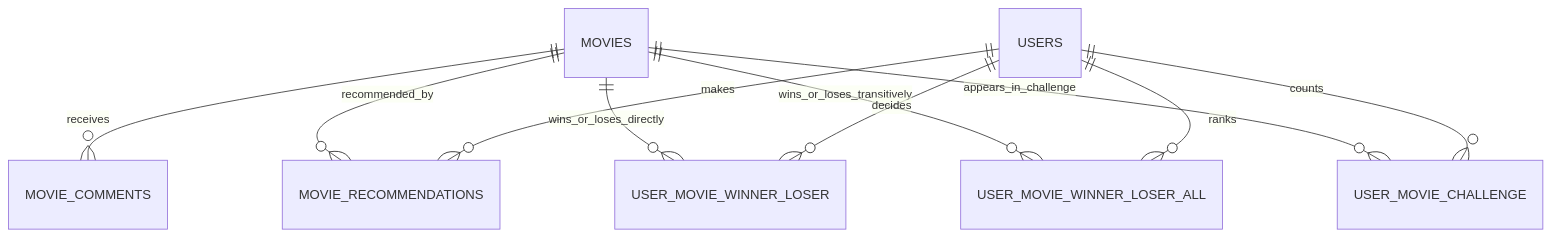
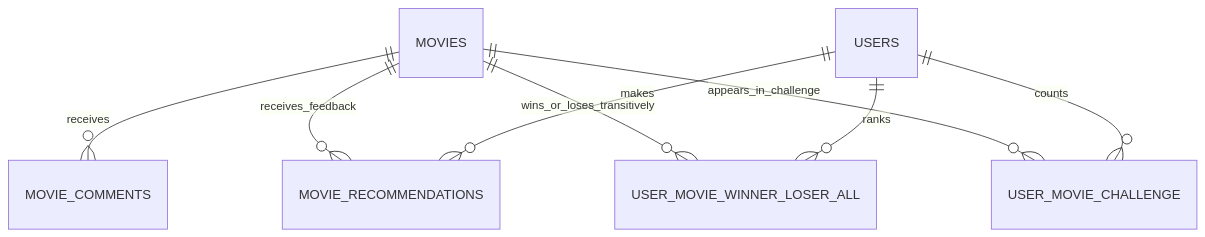
The second of 2 diagrams in docs/capabilities/movie-catalog/entity_model.md (skyglass/movie-stream-workshop), drawn with Mermaid before and after one commit. The commit also changed other lines of this file and 39 other files, not shown here.

First line of the commit message:
Implemented the dislike feedback flow end to end.

````diff
--- a/docs/capabilities/movie-catalog/entity_model.md
+++ b/docs/capabilities/movie-catalog/entity_model.md
@@ -47,12 +45,10 @@
 ```mermaid
 erDiagram
     MOVIES ||--o{ MOVIE_COMMENTS : receives
-    MOVIES ||--o{ MOVIE_RECOMMENDATIONS : recommended_by
-    MOVIES ||--o{ USER_MOVIE_WINNER_LOSER : wins_or_loses_directly
+    MOVIES ||--o{ MOVIE_RECOMMENDATIONS : receives_feedback
     MOVIES ||--o{ USER_MOVIE_WINNER_LOSER_ALL : wins_or_loses_transitively
     MOVIES ||--o{ USER_MOVIE_CHALLENGE : appears_in_challenge
     USERS ||--o{ MOVIE_RECOMMENDATIONS : makes
-    USERS ||--o{ USER_MOVIE_WINNER_LOSER : decides
     USERS ||--o{ USER_MOVIE_WINNER_LOSER_ALL : ranks
     USERS ||--o{ USER_MOVIE_CHALLENGE : counts
 ```
````
